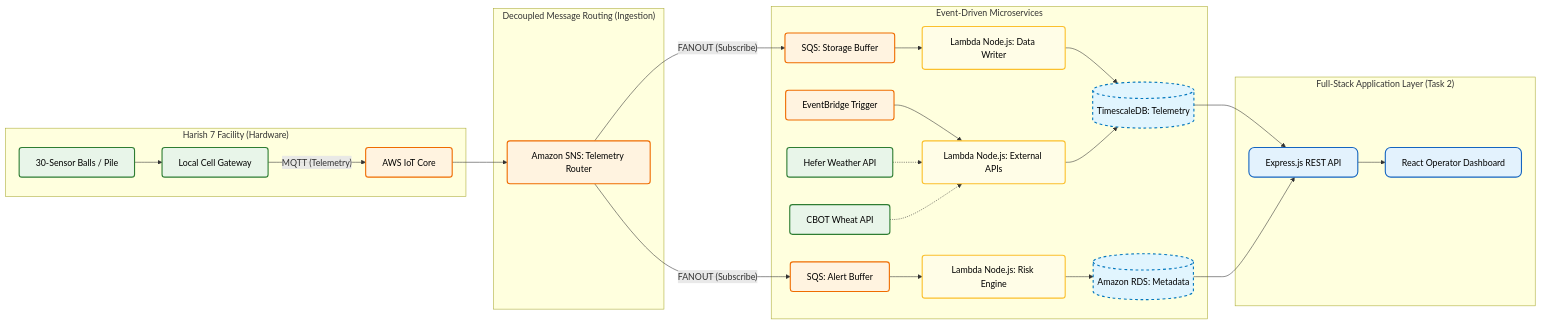
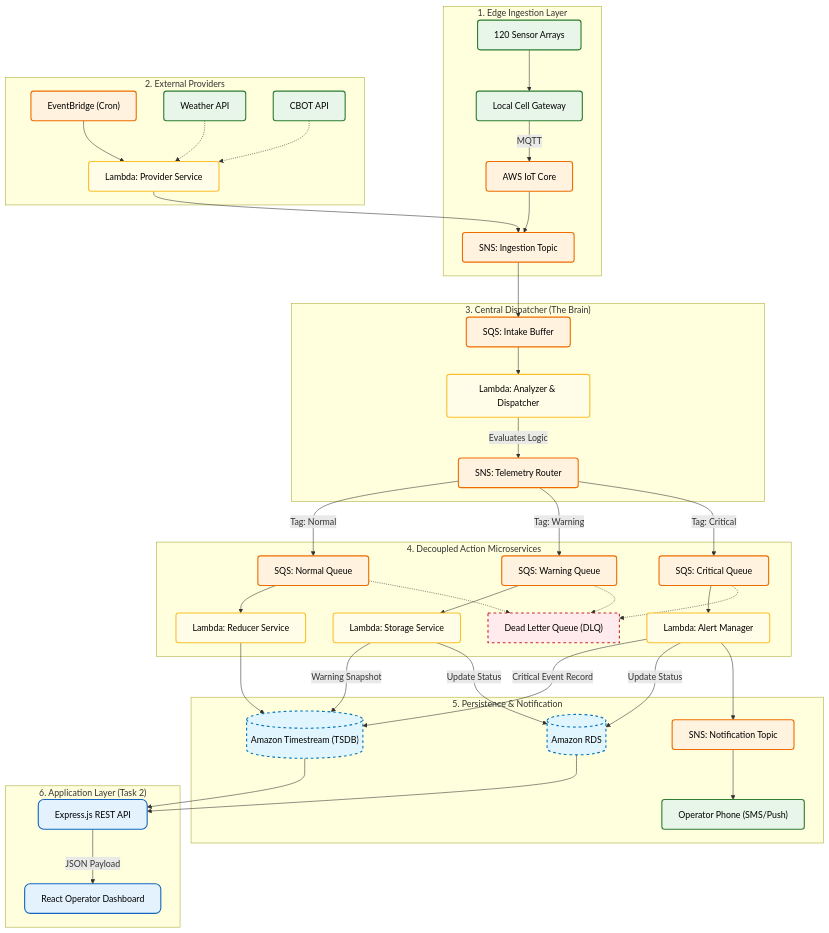
The diagram in README.md (oleg-yakimchuk/agriQ-dashboard), drawn with Mermaid before and after one commit. The commit also changed 1 other file, not shown here.

Commit message:
docs: refine data persistence terminology and connect application layer to architecture diagram

````diff
--- a/README.md
+++ b/README.md
@@ -6,41 +6,61 @@
 ```mermaid
-graph LR
-%% Setting up the main layout and colors
+graph TD
     classDef hardware fill:#E8F5E9,stroke:#2E7D32,stroke-width:2px,color:black,rx:5,ry:5;
     classDef aws fill:#FFF3E0,stroke:#EF6C00,stroke-width:2px,color:black,rx:5,ry:5;
     classDef compute fill:#FFFDE7,stroke:#FBC02D,stroke-width:2px,color:black,rx:5,ry:5;
     classDef database fill:#E1F5FE,stroke:#0277BD,stroke-width:2px,color:black,stroke-dasharray: 5 5;
+    classDef error fill:#FFEBEE,stroke:#C62828,stroke-width:2px,color:black,stroke-dasharray: 5 5;
     classDef client fill:#E3F2FD,stroke:#1565C0,stroke-width:2px,color:black,rx:10,ry:10;
 
-    subgraph Facilities ["Harish 7 Facility (Hardware)"]
-        Sensors["30-Sensor Balls / Pile"]:::hardware --> GW["Local Cell Gateway"]:::hardware
-        GW -- "MQTT (Telemetry)" --> IOT["AWS IoT Core"]:::aws
+    subgraph Edge ["1. Edge Ingestion Layer"]
+        S["120 Sensor Arrays"]:::hardware --> GW["Local Cell Gateway"]:::hardware
+        GW -- "MQTT" --> IOT["AWS IoT Core"]:::aws
+        IOT --> SNS_Ingest["SNS: Ingestion Topic"]:::aws
     end
 
-    subgraph Router ["Decoupled Message Routing (Ingestion)"]
-        IOT --> SNS["Amazon SNS: Telemetry Router"]:::aws
+    subgraph External ["2. External Providers"]
+        EB["EventBridge (Cron)"]:::aws --> L_Provider["Lambda: Provider Service"]:::compute
+        W_API["Weather API"]:::hardware -.-> L_Provider
+        C_API["CBOT API"]:::hardware -.-> L_Provider
+        L_Provider --> SNS_Ingest
     end
 
-    subgraph Services ["Event-Driven Microservices"]
-        SNS -- "FANOUT (Subscribe)" --> SQS1["SQS: Storage Buffer"]:::aws
-        SNS -- "FANOUT (Subscribe)" --> SQS2["SQS: Alert Buffer"]:::aws
-
-        SQS1 --> L1["Lambda Node.js: Data Writer"]:::compute
-        SQS2 --> L3["Lambda Node.js: Risk Engine"]:::compute
-
-        L1 --> TSDB[("TimescaleDB: Telemetry")]:::database
-        L3 --> RDS[("Amazon RDS: Metadata")]:::database
-
-        EB["EventBridge Trigger"]:::aws --> L2["Lambda Node.js: External APIs"]:::compute
-        WeatherAPI["Hefer Weather API"]:::hardware -.-> L2
-        CmdtyAPI["CBOT Wheat API"]:::hardware -.-> L2
-        L2 --> TSDB
+    subgraph Dispatch ["3. Central Dispatcher (The Brain)"]
+        SNS_Ingest --> SQS_Ingest["SQS: Intake Buffer"]:::aws
+        SQS_Ingest --> L_Analyzer["Lambda: Analyzer & Dispatcher"]:::compute
+        L_Analyzer -- "Evaluates Logic" --> SNS_Route["SNS: Telemetry Router"]:::aws
     end
 
-    subgraph Clients ["Full-Stack Application Layer (Task 2)"]
-        TSDB --> REST_API["Express.js REST API"]:::client
-        RDS --> REST_API
-        REST_API --> UI["React Operator Dashboard"]:::client
+    subgraph Microservices ["4. Decoupled Action Microservices"]
+        SNS_Route -- "Tag: Normal" --> SQS_N["SQS: Normal Queue"]:::aws
+        SNS_Route -- "Tag: Warning" --> SQS_W["SQS: Warning Queue"]:::aws
+        SNS_Route -- "Tag: Critical" --> SQS_C["SQS: Critical Queue"]:::aws
+
+        SQS_N --> L_Red["Lambda: Reducer Service"]:::compute
+        SQS_W --> L_Store["Lambda: Storage Service"]:::compute
+        SQS_C --> L_Alert["Lambda: Alert Manager"]:::compute
+
+    %% Fault Tolerance
+        SQS_N -.-> DLQ["Dead Letter Queue (DLQ)"]:::error
+        SQS_W -.-> DLQ
+        SQS_C -.-> DLQ
     end
-    
+
+    subgraph Persistence ["5. Persistence & Notification"]
+        L_Red  --> TSDB[("Amazon Timestream (TSDB)")]:::database
+        L_Store -- "Warning Snapshot" --> TSDB
+        L_Alert -- "Critical Event Record" --> TSDB
+
+        L_Store -- "Update Status" --> RDS[("Amazon RDS")]:::database
+        L_Alert -- "Update Status" --> RDS
+
+        L_Alert --> SNS_Notify["SNS: Notification Topic"]:::aws
+        SNS_Notify --> SMS["Operator Phone (SMS/Push)"]:::hardware
+    end
+
+    subgraph ClientLayer ["6. Application Layer (Task 2)"]
+        TSDB --> API["Express.js REST API"]:::client
+        RDS --> API
+        API -- "JSON Payload" --> UI["React Operator Dashboard"]:::client
+    end
 ```    
````
